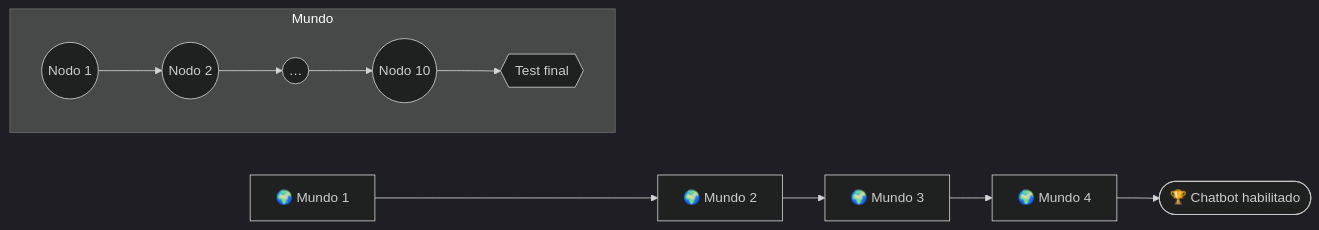
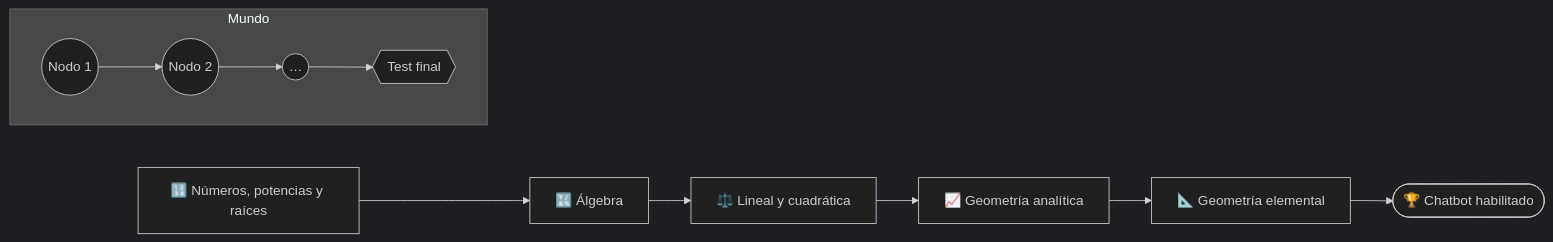
Before and after one commit to elseyneyxpro-create/ChatBot-ICB: the fifth of 6 diagrams in README.md, drawn with Mermaid (dark theme). The commit also changed other lines of this file and 24 other files, not shown here.

````diff
--- a/README.md
+++ b/README.md
@@ -323,8 +323,8 @@
 ```mermaid
 flowchart LR
-    W1[🌍 Mundo 1] --> W2[🌍 Mundo 2] --> W3[🌍 Mundo 3] --> W4[🌍 Mundo 4] --> FIN([🏆 Chatbot habilitado])
+    W1[🔢 Números, potencias y raíces] --> W2[🔣 Álgebra] --> W3[⚖️ Lineal y cuadrática] --> W4[📈 Geometría analítica] --> W5[📐 Geometría elemental] --> FIN([🏆 Chatbot habilitado])
     subgraph Mundo
       direction LR
-      N1((Nodo 1)) --> N2((Nodo 2)) --> N3((…)) --> N10((Nodo 10)) --> T{{Test final}}
+      N1((Nodo 1)) --> N2((Nodo 2)) --> N3((…)) --> T{{Test final}}
     end
 ```
````
